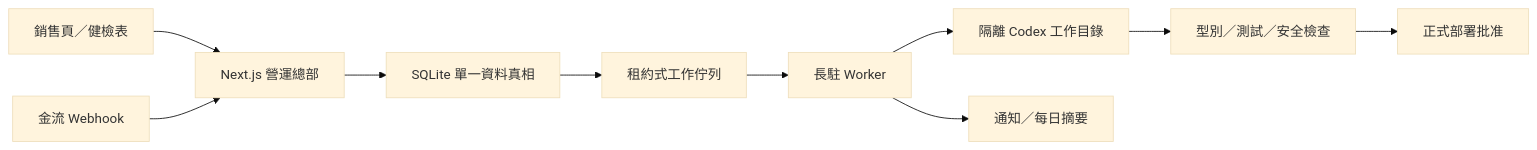
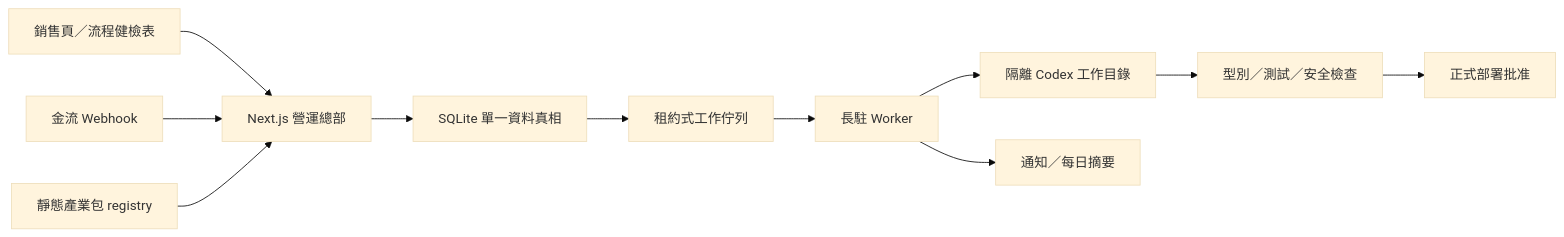
One commit to mars-tw/morning-operator changed the first of 2 diagrams in docs/architecture.md. Above: the diagram before and after it, drawn with Mermaid (base theme). The commit also changed other lines of this file and 37 other files, not shown here.

````diff
--- a/docs/architecture.md
+++ b/docs/architecture.md
@@ -3,12 +3,13 @@
 ```mermaid
 flowchart LR
-    Lead["銷售頁／健檢表"] --> Web["Next.js 營運總部"]
+    Lead["銷售頁／流程健檢表"] --> Web["Next.js 營運總部"]
     Pay["金流 Webhook"] --> Web
+    Registry["靜態產業包 registry"] --> Web
     Web --> DB["SQLite 單一資料真相"]
     DB --> Queue["租約式工作佇列"]
     Queue --> Worker["長駐 Worker"]
     Worker --> Codex["隔離 Codex 工作目錄"]
     Codex --> QA["型別／測試／安全檢查"]
     QA --> Approval["正式部署批准"]
     Worker --> Notify["通知／每日摘要"]
 ```
````
